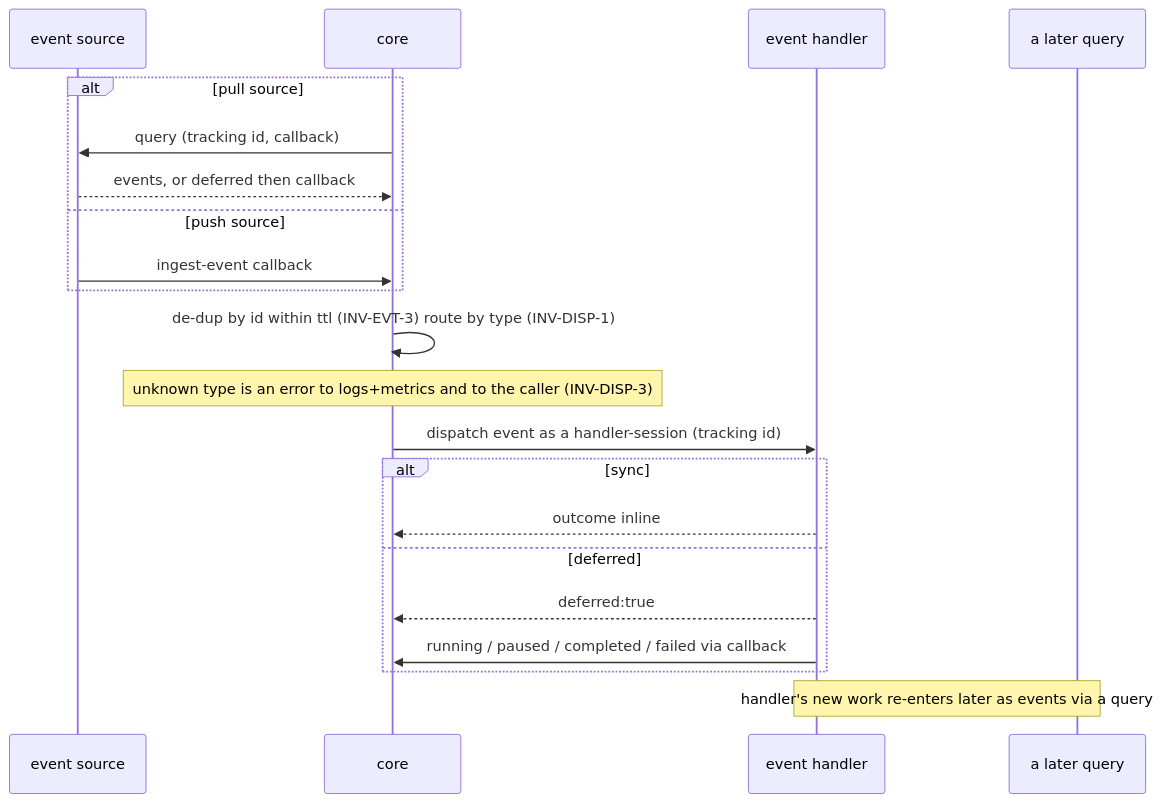
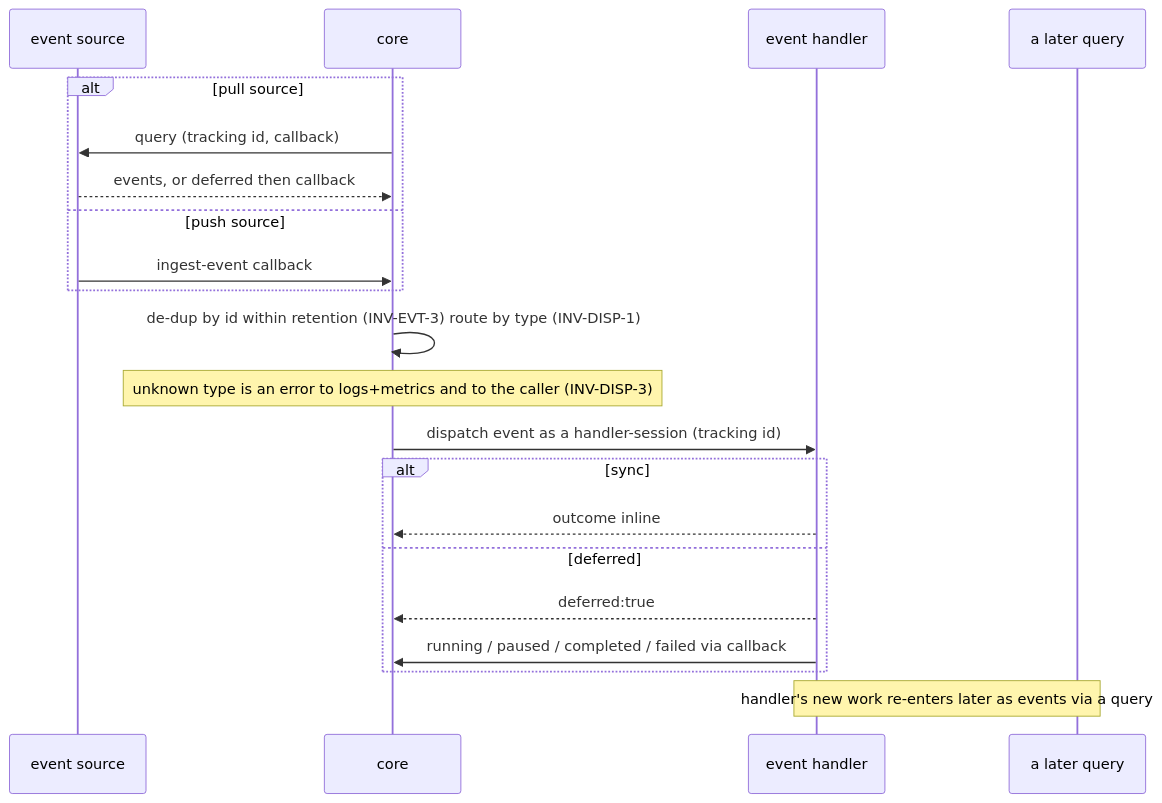
The seventh of 13 diagrams in packages/pr-pool/docs/behavior/journeys.md (phillipgreenii/nix-agent-support), drawn with Mermaid before and after one commit. The commit also changed other lines of this file and 11 other files, not shown here.

````diff
--- a/packages/pr-pool/docs/behavior/journeys.md
+++ b/packages/pr-pool/docs/behavior/journeys.md
@@ -306,23 +307,23 @@
 ```mermaid
 sequenceDiagram
     participant SRC as event source
     participant CORE as core
     participant HDL as event handler
     participant Q as a later query
     alt pull source
         CORE->>SRC: query (tracking id, callback)
         SRC-->>CORE: events, or deferred then callback
     else push source
         SRC->>CORE: ingest-event callback
     end
-    CORE->>CORE: de-dup by id within ttl (INV-EVT-3) route by type (INV-DISP-1)
+    CORE->>CORE: de-dup by id within retention (INV-EVT-3) route by type (INV-DISP-1)
     Note over CORE: unknown type is an error to logs+metrics and to the caller (INV-DISP-3)
     CORE->>HDL: dispatch event as a handler-session (tracking id)
     alt sync
         HDL-->>CORE: outcome inline
     else deferred
         HDL-->>CORE: deferred:true
         HDL->>CORE: running / paused / completed / failed via callback
     end
     Note over HDL,Q: handler's new work re-enters later as events via a query
 ```
````
